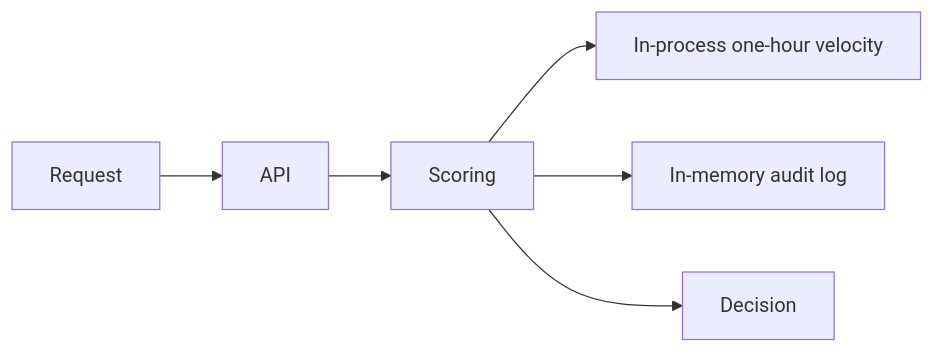
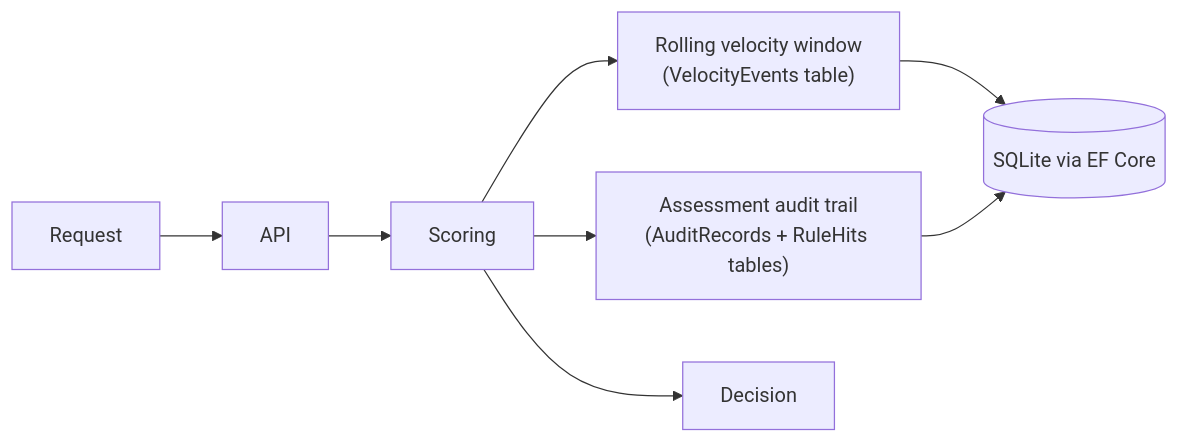
The second of 2 diagrams in docs/architecture.md (Dedmoo/TransactionFraudEngine), drawn with Mermaid before and after one commit. The commit also changed other lines of this file and 23 other files, not shown here.

````diff
--- a/docs/architecture.md
+++ b/docs/architecture.md
@@ -9,7 +9,9 @@
 ```mermaid
 flowchart LR
   Request --> API --> Scoring
-  Scoring --> Velocity["In-process one-hour velocity"]
-  Scoring --> Audit["In-memory audit log"]
+  Scoring --> Velocity["Rolling velocity window<br/>(VelocityEvents table)"]
+  Scoring --> Audit["Assessment audit trail<br/>(AuditRecords + RuleHits tables)"]
   Scoring --> Decision
+  Velocity --> DB[("SQLite via EF Core")]
+  Audit --> DB
 ```
````
